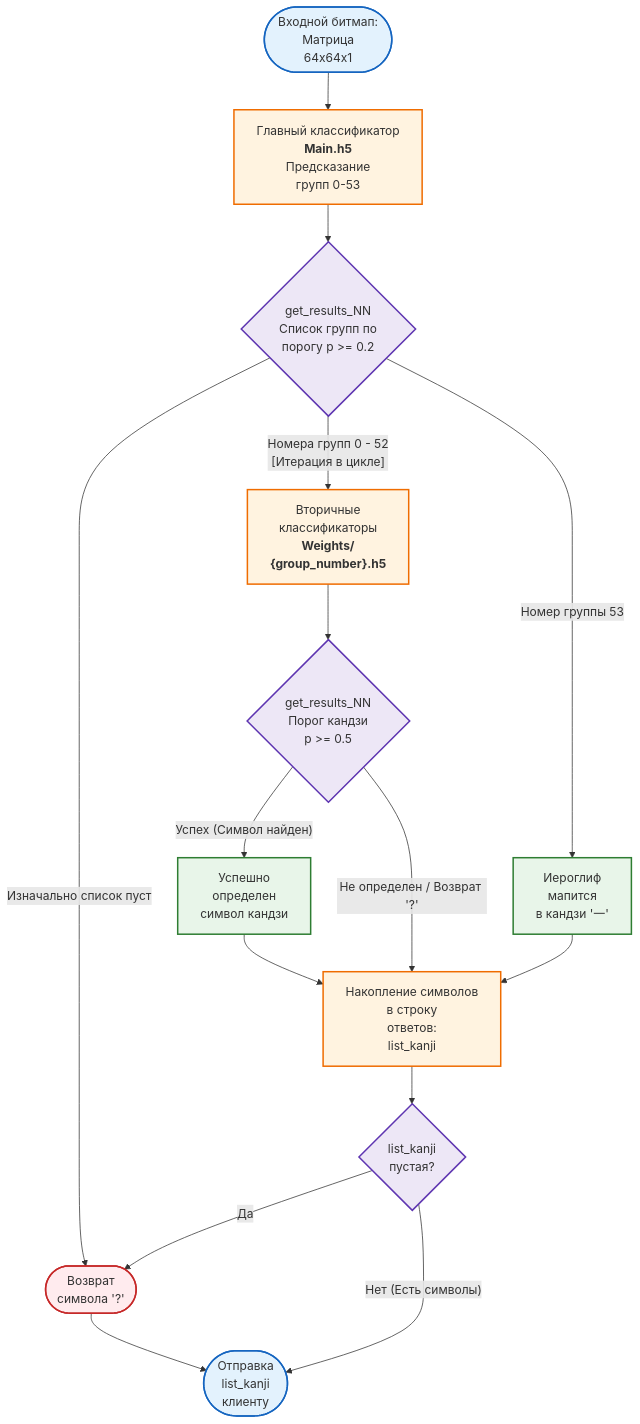
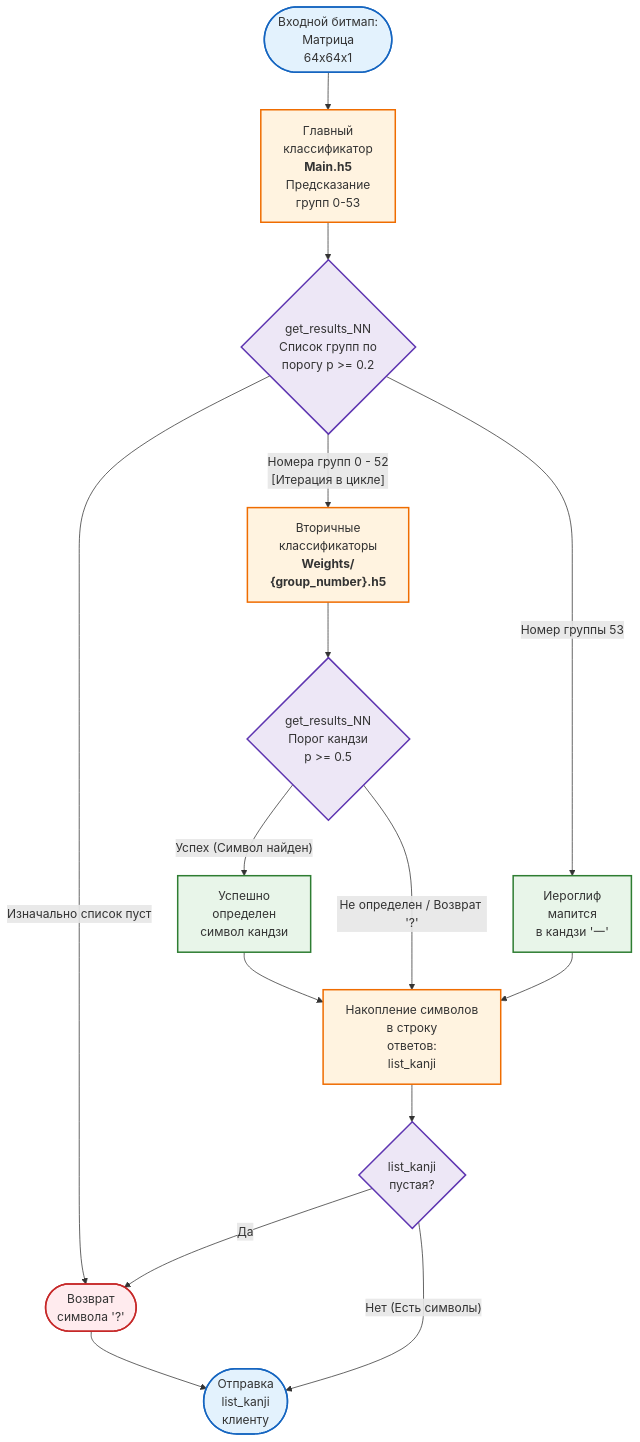
The diagram in README.md (maxitool/neural-network-server), drawn with Mermaid before and after one commit.

Commit message:
Fix formatting in README.md for Main classifier

````diff
--- a/README.md
+++ b/README.md
@@ -44,52 +44,52 @@
 ```mermaid
 graph TD
     %% Стилизация узлов
     classDef input fill:#E3F2FD,stroke:#1565C0,stroke-width:2px;
     classDef process fill:#FFF3E0,stroke:#EF6C00,stroke-width:2px;
     classDef condition fill:#EDE7F6,stroke:#5E35B1,stroke-width:2px;
     classDef output fill:#E8F5E9,stroke:#2E7D32,stroke-width:2px;
     classDef special fill:#FFEBEE,stroke:#C62828,stroke-width:2px;
 
     %% Схема конвейера
     In([Входной битмап:<br>Матрица<br>64x64x1]):::input
     
-    Main[Главный классификатор <br><b>Main.h5</b><br>Предсказание<br>групп 0-53]:::process
+    Main[Главный<br>классификатор<br><b>Main.h5</b><br>Предсказание<br>групп 0-53]:::process
     
     Check{get_results_NN<br>Список групп по<br>порогу p >= 0.2}:::condition
     
     SecNet["Вторичные<br>классификаторы<br><b>Weights/<br>{group_number}.h5</b>"]:::process
     
     CheckSec{get_results_NN<br>Порог кандзи<br>p >= 0.5}:::condition
     
     Res1[Успешно<br>определен<br>символ кандзи]:::output
     Res2["Иероглиф<br>мапится<br>в кандзи '一'"]:::output
     
     OutStr[Накопление символов<br>в строку<br>ответов:<br>list_kanji]:::process
     
     CheckFinal{list_kanji<br>пустая?}:::condition
     ErrorOutput(["Возврат<br>символа '?'"]):::special
     End([Отправка<br>list_kanji<br>клиенту]):::input
 
     %% Связи и ветвление
     In --> Main
     Main --> Check
     
     Check -- "Изначально список пуст" --> ErrorOutput
     Check -- "Номера групп 0 - 52<br>[Итерация в цикле]" --> SecNet
     Check -- "Номер группы 53" --> Res2
     
     SecNet --> CheckSec
     
     CheckSec -- "Успех (Символ найден)" --> Res1
     CheckSec -- "Не определен / Возврат '?'" --> OutStr
     
     Res1 --> OutStr
     Res2 --> OutStr
     
     OutStr --> CheckFinal
     
     CheckFinal -- "Да" --> ErrorOutput
     CheckFinal -- "Нет (Есть символы)" --> End
     ErrorOutput --> End
 
 ```
````
